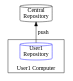
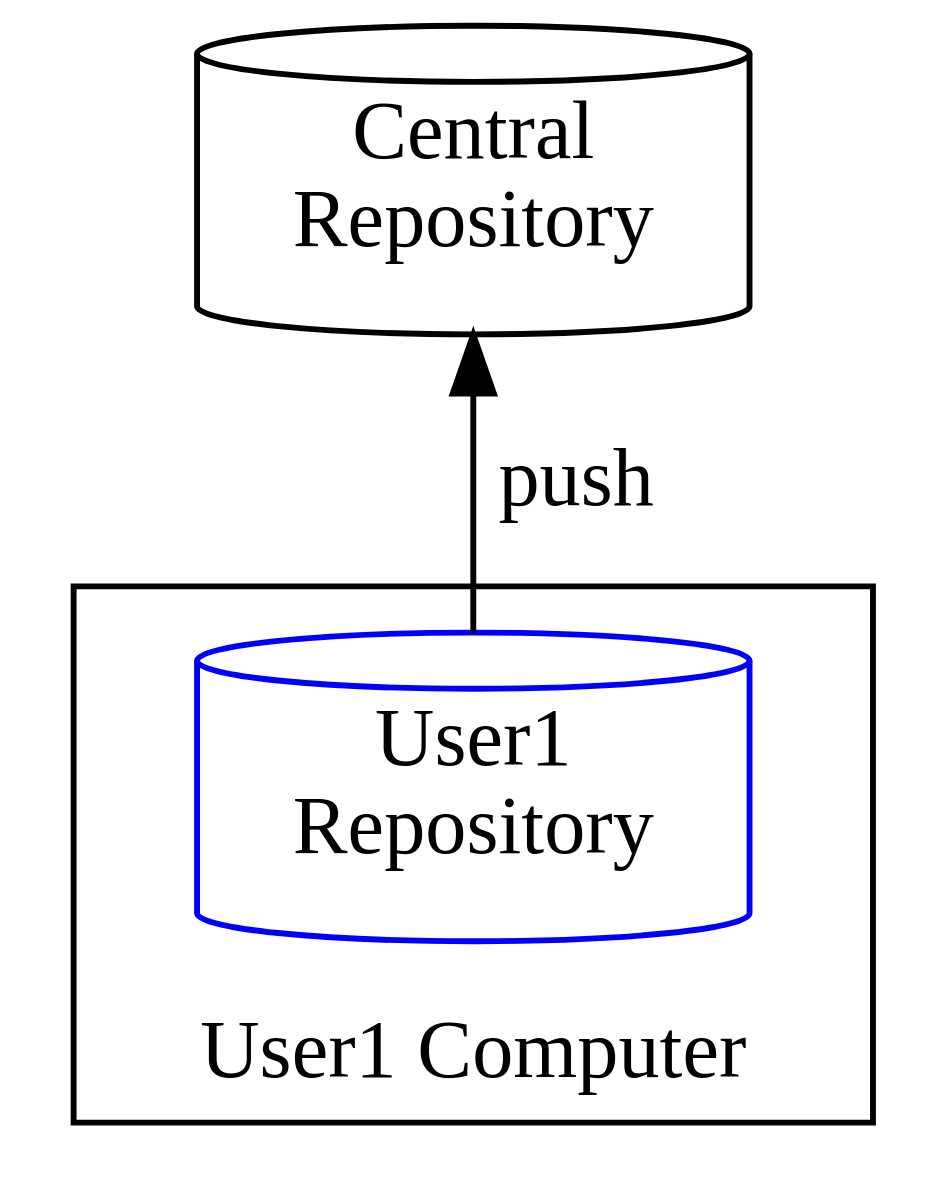
Before and after one commit to greg-hutchinson/git-training: the diagram in assets/img/graphviz/push.dot, drawn with Graphviz. The commit also changed 17 other files, not shown here.

Commit message:
Updated diagrams

```diff
--- a/assets/img/graphviz/push.dot
+++ b/assets/img/graphviz/push.dot
@@ -1,12 +1,11 @@
-digraph foo {
+digraph push {
+    size="40!"
     rankdir="BT"
-    node [style=rounded, width=1, margin="0,0"];
     Repository [shape=cylinder, label="Central\nRepository" width=1];
     User1Rep [shape= cylinder, label="User1\nRepository", color=blue];
     User1Rep -> Repository [ label="push" ]
     subgraph cluster_User1 {
         label="User1 Computer"
-        {  User1Rep
-        }
+        User1Rep
     }
 }
```
